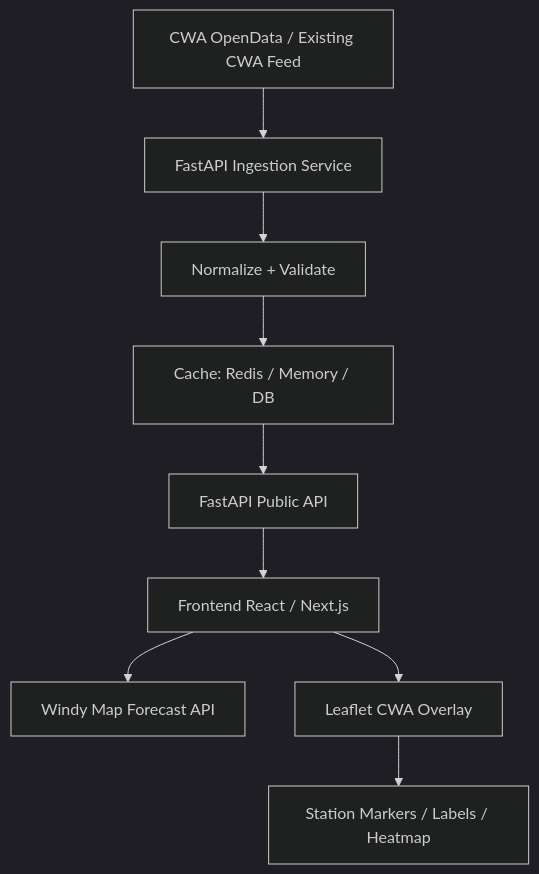
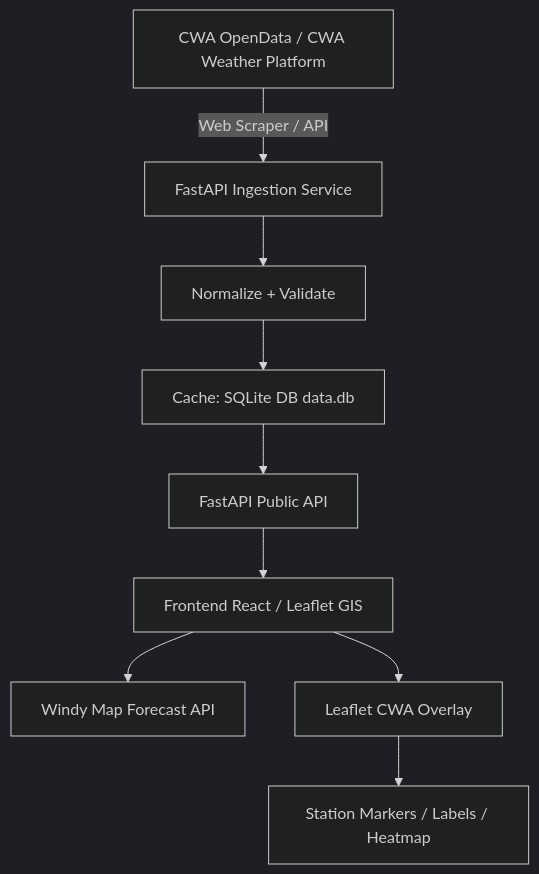
Before and after one commit to dainosososo/AIoT_L3_CWA_HW1: the diagram in README.md, drawn with Mermaid (dark theme). The commit also changed other lines of this file, not shown here.

Commit message:
feat: add CWA web scraper (cwa_scraper.py) module and SQL insertion to README.md

````diff
--- a/README.md
+++ b/README.md
@@ -124,11 +124,11 @@
 ```mermaid
 flowchart TD
-    A[CWA OpenData / Existing CWA Feed] --> B[FastAPI Ingestion Service]
+    A[CWA OpenData / CWA Weather Platform] -->|Web Scraper / API| B[FastAPI Ingestion Service]
     B --> C[Normalize + Validate]
-    C --> D[Cache: Redis / Memory / DB]
+    C --> D[Cache: SQLite DB data.db]
     D --> E[FastAPI Public API]
-    E --> F[Frontend React / Next.js]
+    E --> F[Frontend React / Leaflet GIS]
     F --> G[Windy Map Forecast API]
     F --> H[Leaflet CWA Overlay]
     H --> I[Station Markers / Labels / Heatmap]
 ```
````
